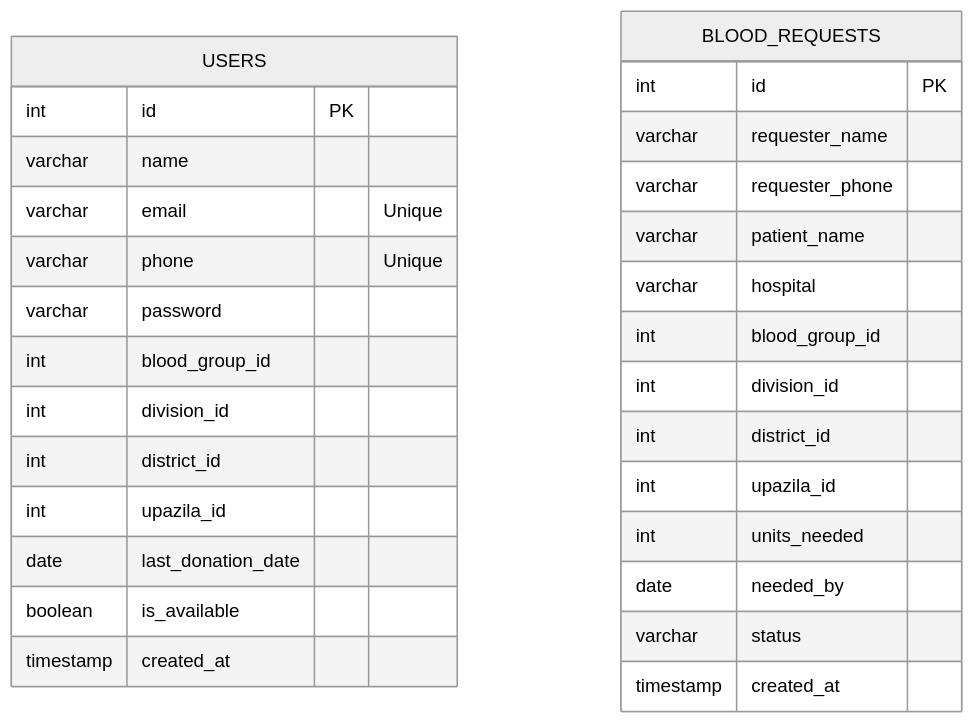
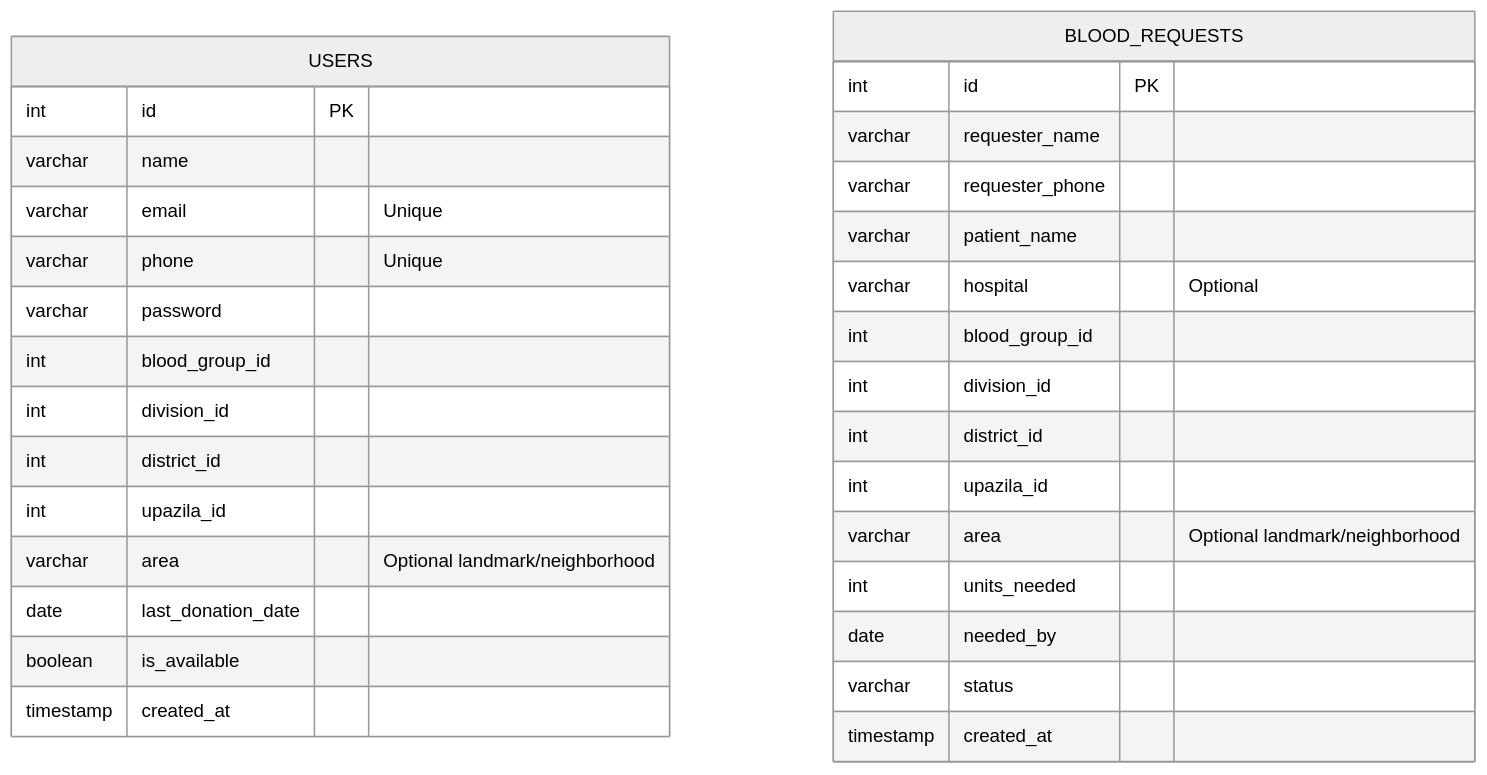
The diagram in README.md (NazmulHudaNabil/blood-donation), drawn with Mermaid (neutral theme) before and after one commit. The commit also changed other lines of this file and 40 other files, not shown here.

````diff
--- a/README.md
+++ b/README.md
@@ -145,33 +220,35 @@
 ```mermaid
 erDiagram
     USERS {
         int id PK
         varchar name
         varchar email "Unique"
         varchar phone "Unique"
         varchar password
         int blood_group_id
         int division_id
         int district_id
         int upazila_id
+        varchar area "Optional landmark/neighborhood"
         date last_donation_date
         boolean is_available
         timestamp created_at
     }
 
     BLOOD_REQUESTS {
         int id PK
         varchar requester_name
         varchar requester_phone
         varchar patient_name
-        varchar hospital
+        varchar hospital "Optional"
         int blood_group_id
         int division_id
         int district_id
         int upazila_id
+        varchar area "Optional landmark/neighborhood"
         int units_needed
         date needed_by
         varchar status
         timestamp created_at
     }
 ```
````
